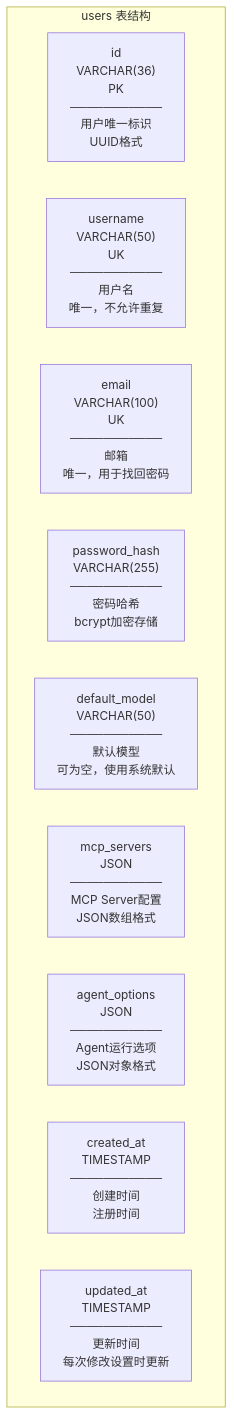
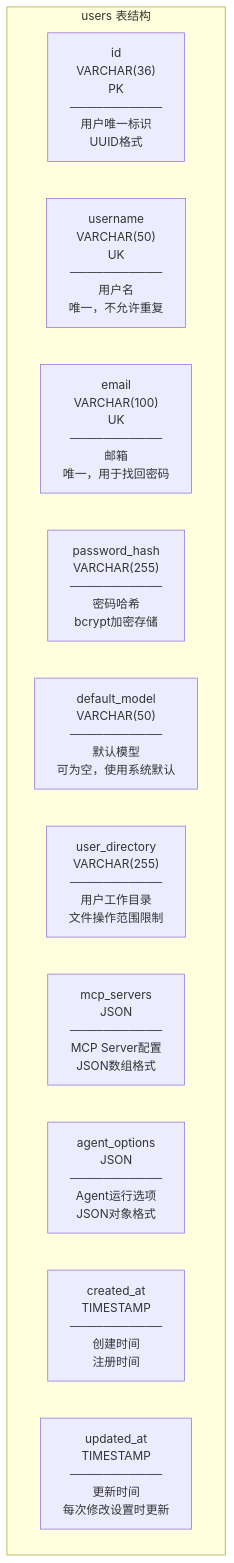
One commit to xiaocaipi/mm-doc changed diagram 39 of 45 in agent/agent_project_design_1.md. Above: the diagram before and after it, drawn with Mermaid. The commit also changed other lines of this file, not shown here.

````diff
--- a/agent/agent_project_design_1.md
+++ b/agent/agent_project_design_1.md
@@ -2145,14 +2367,15 @@
 ```mermaid
 graph TB
     subgraph USERS_TB["users 表结构"]
         F1["id<br/>VARCHAR(36)<br/>PK<br/>───────────<br/>用户唯一标识<br/>UUID格式"]
         F2["username<br/>VARCHAR(50)<br/>UK<br/>───────────<br/>用户名<br/>唯一，不允许重复"]
         F3["email<br/>VARCHAR(100)<br/>UK<br/>───────────<br/>邮箱<br/>唯一，用于找回密码"]
         F4["password_hash<br/>VARCHAR(255)<br/>───────────<br/>密码哈希<br/>bcrypt加密存储"]
         F5["default_model<br/>VARCHAR(50)<br/>───────────<br/>默认模型<br/>可为空，使用系统默认"]
-        F6["mcp_servers<br/>JSON<br/>───────────<br/>MCP Server配置<br/>JSON数组格式"]
-        F7["agent_options<br/>JSON<br/>───────────<br/>Agent运行选项<br/>JSON对象格式"]
-        F8["created_at<br/>TIMESTAMP<br/>───────────<br/>创建时间<br/>注册时间"]
-        F9["updated_at<br/>TIMESTAMP<br/>───────────<br/>更新时间<br/>每次修改设置时更新"]
+        F6["user_directory<br/>VARCHAR(255)<br/>───────────<br/>用户工作目录<br/>文件操作范围限制"]
+        F7["mcp_servers<br/>JSON<br/>───────────<br/>MCP Server配置<br/>JSON数组格式"]
+        F8["agent_options<br/>JSON<br/>───────────<br/>Agent运行选项<br/>JSON对象格式"]
+        F9["created_at<br/>TIMESTAMP<br/>───────────<br/>创建时间<br/>注册时间"]
+        F10["updated_at<br/>TIMESTAMP<br/>───────────<br/>更新时间<br/>每次修改设置时更新"]
     end
 ```
````
